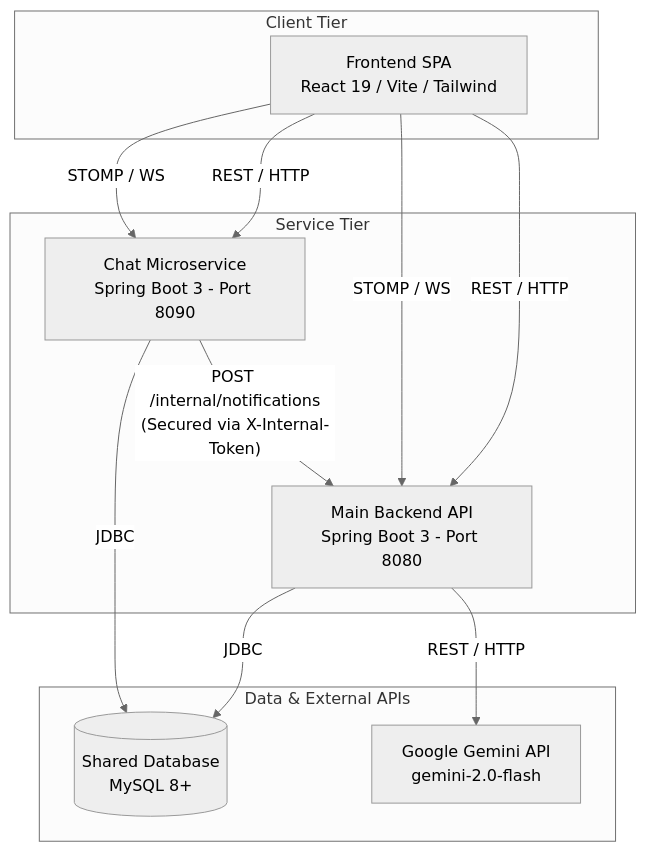
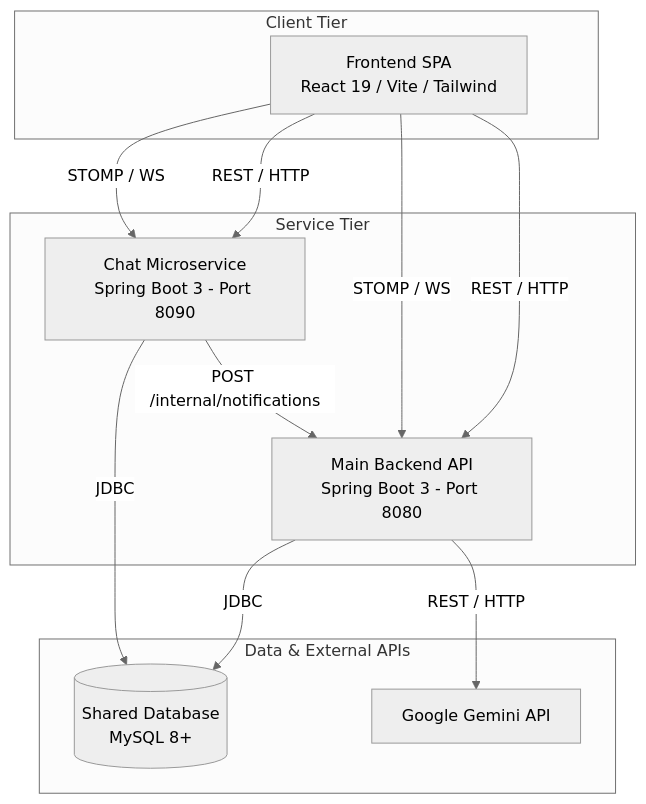
One commit to mithunrajmr/DoConnect-AI changed the first of 4 diagrams in README.md. Above: the diagram before and after it, drawn with Mermaid (neutral theme). The commit also changed other lines of this file and 46 other files, not shown here.

````diff
--- a/README.md
+++ b/README.md
@@ -71,30 +60,26 @@
 ```mermaid
 graph TD
   subgraph Client Tier
     Frontend[Frontend SPA<br/>React 19 / Vite / Tailwind]
   end
 
   subgraph Service Tier
     Backend[Main Backend API<br/>Spring Boot 3 - Port 8080]
     Chat[Chat Microservice<br/>Spring Boot 3 - Port 8090]
   end
 
   subgraph Data & External APIs
     DB[(Shared Database<br/>MySQL 8+)]
-    Gemini[Google Gemini API<br/>gemini-2.0-flash]
+    Gemini[Google Gemini API]
   end
 
-  %% Client to Services
   Frontend -- REST / HTTP --> Backend
   Frontend -- STOMP / WS --> Backend
   Frontend -- REST / HTTP --> Chat
   Frontend -- STOMP / WS --> Chat
 
-  %% Service to DB
   Backend -- JDBC --> DB
   Chat -- JDBC --> DB
-
-  %% Service to External/Internal
   Backend -- REST / HTTP --> Gemini
-  Chat -- "POST /internal/notifications<br/>(Secured via X-Internal-Token)" --> Backend
+  Chat -- "POST /internal/notifications" --> Backend
 ```
````
